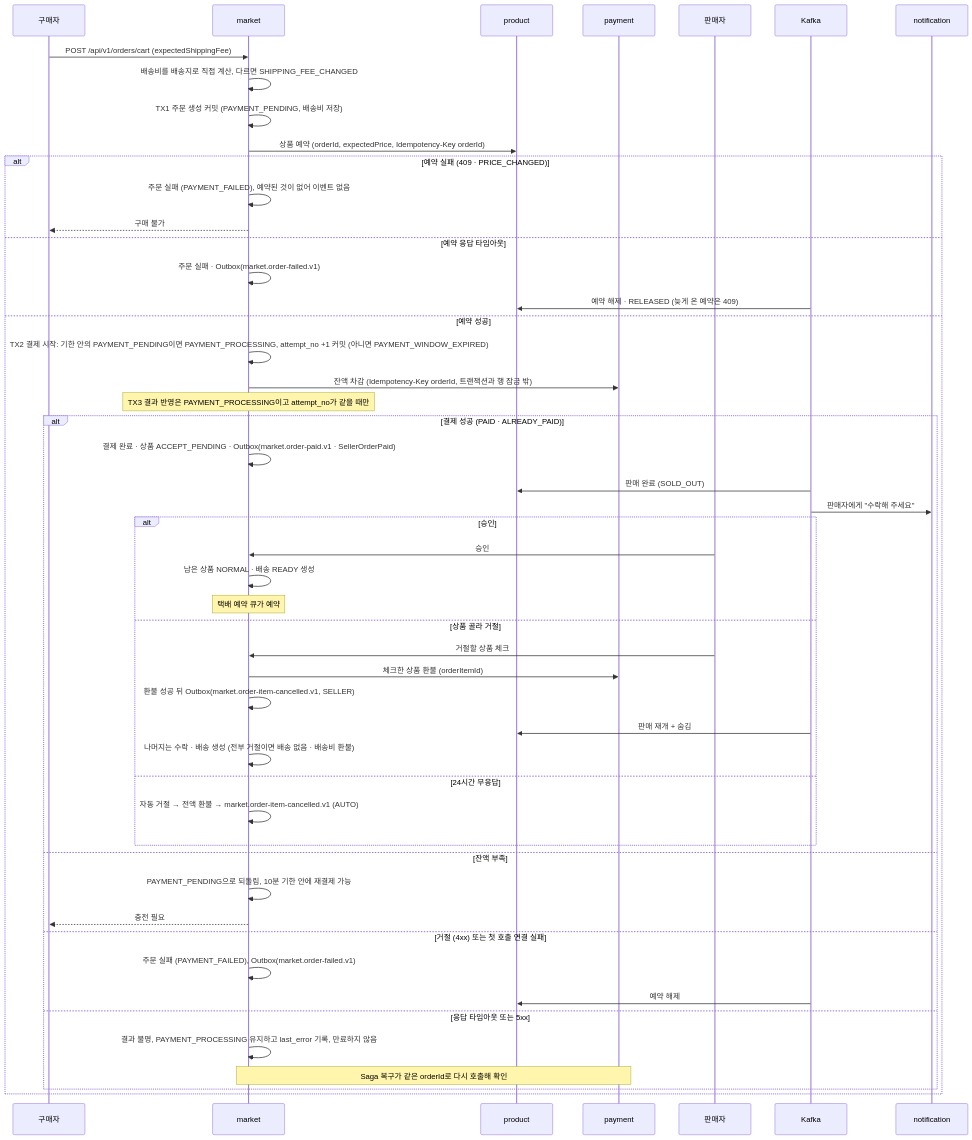
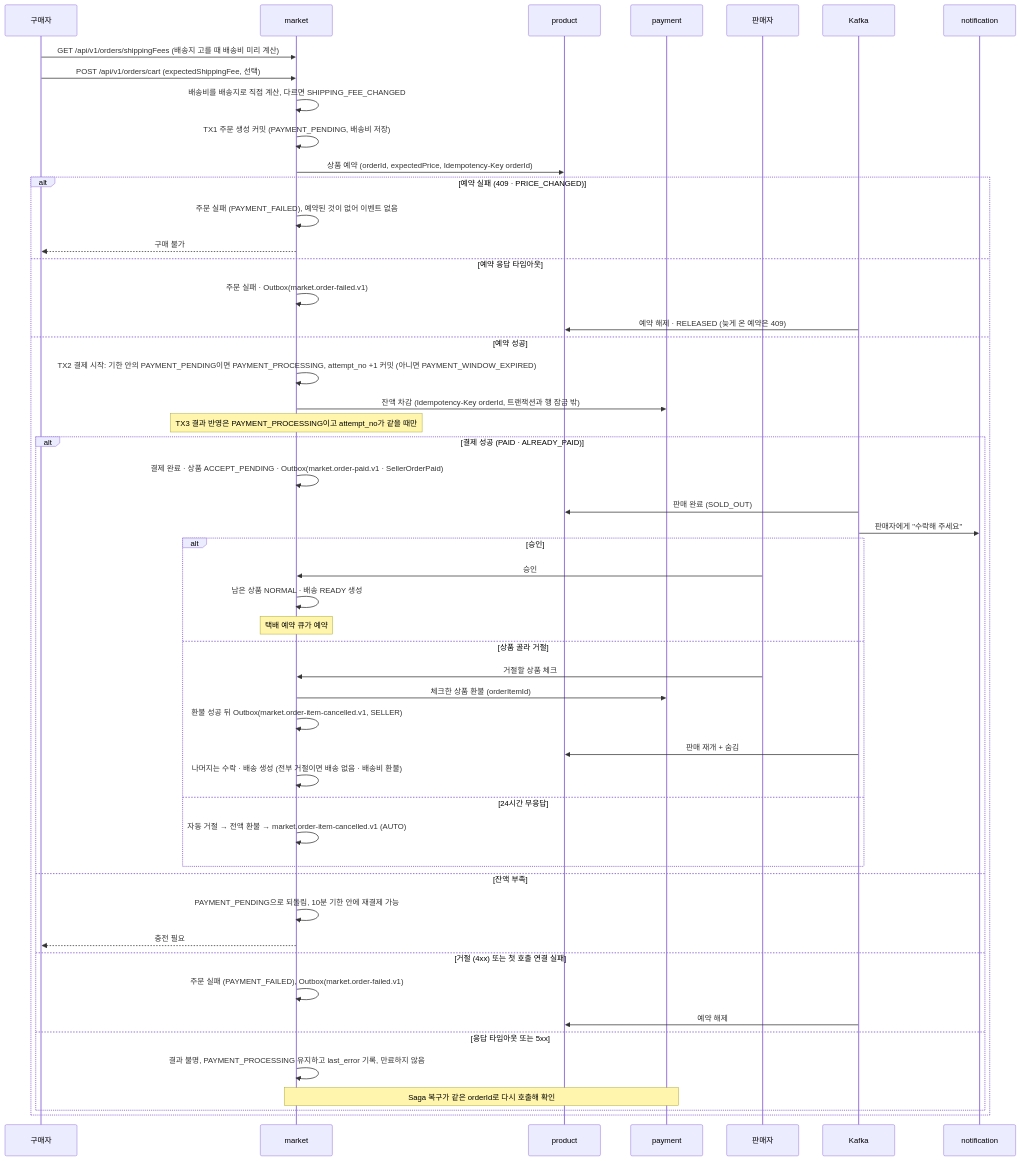
The diagram in docs/flows/order-payment.md (prgrms-be-adv-devcourse/beadv8_8_JustCommit_BE), drawn with Mermaid before and after one commit. The commit also changed other lines of this file and 4 other files, not shown here.

Commit message:
Docs: 배송비 미리 계산 API · 주문 생성 배송비 비교 반영 (#618)

````diff
--- a/docs/flows/order-payment.md
+++ b/docs/flows/order-payment.md
@@ -10,52 +10,53 @@
 ```mermaid
 sequenceDiagram
     participant U as 구매자
     participant M as market
     participant PR as product
     participant P as payment
     participant SL as 판매자
     participant K as Kafka
     participant N as notification
-    U->>M: POST /api/v1/orders/cart (expectedShippingFee)
+    U->>M: GET /api/v1/orders/shippingFees (배송지 고를 때 배송비 미리 계산)
+    U->>M: POST /api/v1/orders/cart (expectedShippingFee, 선택)
     M->>M: 배송비를 배송지로 직접 계산, 다르면 SHIPPING_FEE_CHANGED
     M->>M: TX1 주문 생성 커밋 (PAYMENT_PENDING, 배송비 저장)
     M->>PR: 상품 예약 (orderId, expectedPrice, Idempotency-Key orderId)
     alt 예약 실패 (409 · PRICE_CHANGED)
         M->>M: 주문 실패 (PAYMENT_FAILED), 예약된 것이 없어 이벤트 없음
         M-->>U: 구매 불가
     else 예약 응답 타임아웃
         M->>M: 주문 실패 · Outbox(market.order-failed.v1)
         K->>PR: 예약 해제 · RELEASED (늦게 온 예약은 409)
     else 예약 성공
         M->>M: TX2 결제 시작: 기한 안의 PAYMENT_PENDING이면 PAYMENT_PROCESSING, attempt_no +1 커밋 (아니면 PAYMENT_WINDOW_EXPIRED)
         M->>P: 잔액 차감 (Idempotency-Key orderId, 트랜잭션과 행 잠금 밖)
         Note over M: TX3 결과 반영은 PAYMENT_PROCESSING이고 attempt_no가 같을 때만
         alt 결제 성공 (PAID · ALREADY_PAID)
             M->>M: 결제 완료 · 상품 ACCEPT_PENDING · Outbox(market.order-paid.v1 · SellerOrderPaid)
             K->>PR: 판매 완료 (SOLD_OUT)
             K->>N: 판매자에게 "수락해 주세요"
             alt 승인
                 SL->>M: 승인
                 M->>M: 남은 상품 NORMAL · 배송 READY 생성
                 Note over M: 택배 예약 큐가 예약
             else 상품 골라 거절
                 SL->>M: 거절할 상품 체크
                 M->>P: 체크한 상품 환불 (orderItemId)
                 M->>M: 환불 성공 뒤 Outbox(market.order-item-cancelled.v1, SELLER)
                 K->>PR: 판매 재개 + 숨김
                 M->>M: 나머지는 수락 · 배송 생성 (전부 거절이면 배송 없음 · 배송비 환불)
             else 24시간 무응답
                 M->>M: 자동 거절 → 전액 환불 → market.order-item-cancelled.v1 (AUTO)
             end
         else 잔액 부족
             M->>M: PAYMENT_PENDING으로 되돌림, 10분 기한 안에 재결제 가능
             M-->>U: 충전 필요
         else 거절 (4xx) 또는 첫 호출 연결 실패
             M->>M: 주문 실패 (PAYMENT_FAILED), Outbox(market.order-failed.v1)
             K->>PR: 예약 해제
         else 응답 타임아웃 또는 5xx
             M->>M: 결과 불명, PAYMENT_PROCESSING 유지하고 last_error 기록, 만료하지 않음
             Note over M,P: Saga 복구가 같은 orderId로 다시 호출해 확인
         end
     end
 ```
````
